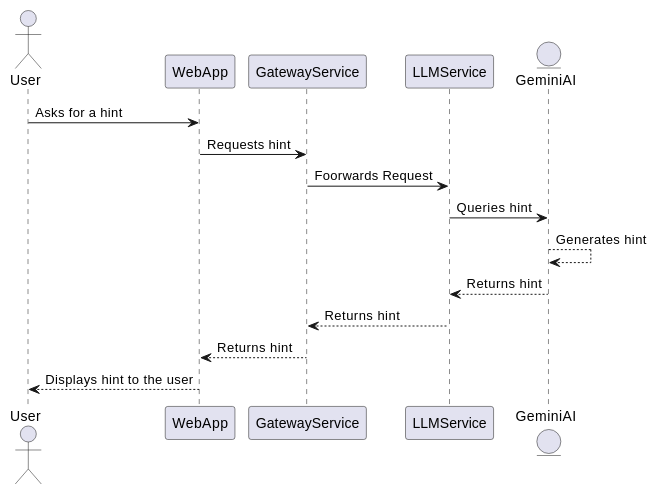
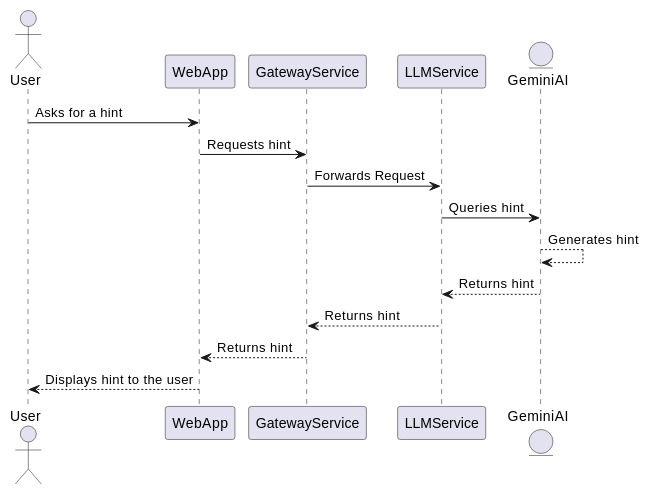
The third of 5 diagrams in docs/src/06_runtime_view.adoc (Arquisoft/wichat_es4c), drawn with PlantUML before and after one commit. The commit also changed other lines of this file, not shown here.

```diff
--- a/docs/src/06_runtime_view.adoc
+++ b/docs/src/06_runtime_view.adoc
@@ -96,24 +127,25 @@
 [plantuml, Clue Generation Diagram, png]
 ----
 
 @startuml
 
 actor User
 participant WebApp
 participant GatewayService
 participant LLMService
 entity GeminiAI
 
 User -> WebApp: Asks for a hint
 WebApp -> GatewayService: Requests hint
-GatewayService -> LLMService: Foorwards Request
+GatewayService -> LLMService: Forwards Request
 LLMService -> GeminiAI: Queries hint
 GeminiAI --> GeminiAI: Generates hint
 GeminiAI --> LLMService: Returns hint
 LLMService --> GatewayService: Returns hint
 GatewayService --> WebApp: Returns hint
 WebApp --> User: Displays hint to the user
 
 @enduml
 
+
 ----
```
